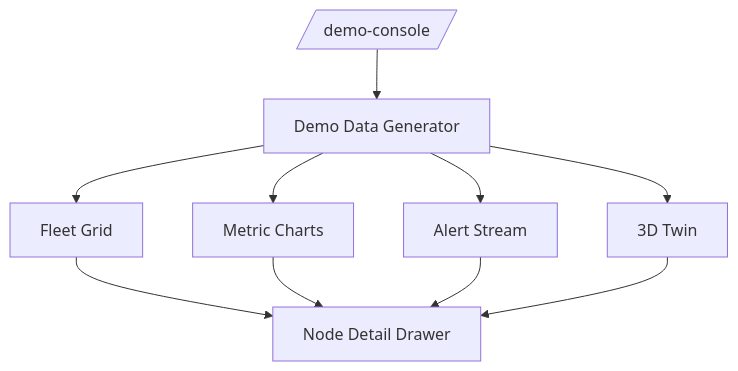
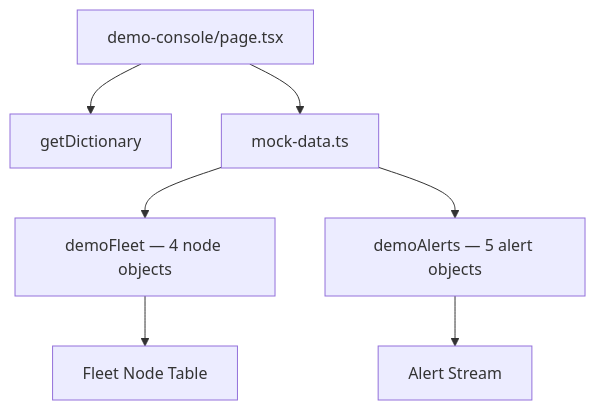
Before and after one commit to deepdevjose/Arm-SaaS: the fifth of 5 diagrams in docs/arm-health-frontend-architecture.md, drawn with Mermaid. The commit also changed other lines of this file and 66 other files, not shown here.

Commit message:
feat: initialize SaaS platform architecture with Next.js, internationalization, and core UI components

````diff
--- a/docs/arm-health-frontend-architecture.md
+++ b/docs/arm-health-frontend-architecture.md
@@ -301,12 +288,9 @@
 ```mermaid
 flowchart TB
-    DEMO[/demo-console/] --> GEN[Demo Data Generator]
-    GEN --> FLEET[Fleet Grid]
-    GEN --> CHARTS[Metric Charts]
-    GEN --> ALERTS[Alert Stream]
-    GEN --> TWIN[3D Twin]
-    FLEET --> DETAIL[Node Detail Drawer]
-    CHARTS --> DETAIL
-    ALERTS --> DETAIL
-    TWIN --> DETAIL
+    PAGE[demo-console/page.tsx] --> DICT[getDictionary]
+    PAGE --> MOCK[mock-data.ts]
+    MOCK --> FLEET[demoFleet — 4 node objects]
+    MOCK --> ALERTS[demoAlerts — 5 alert objects]
+    FLEET --> TABLE[Fleet Node Table]
+    ALERTS --> STREAM[Alert Stream]
 ```
````
